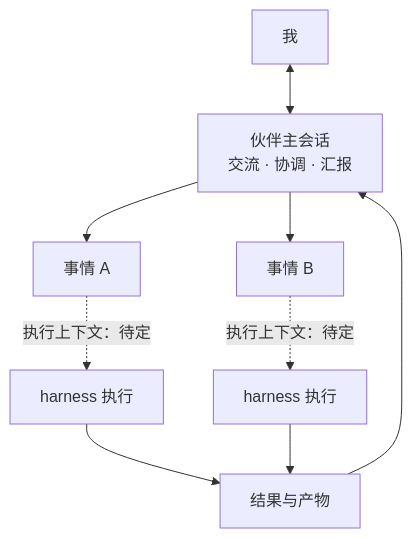
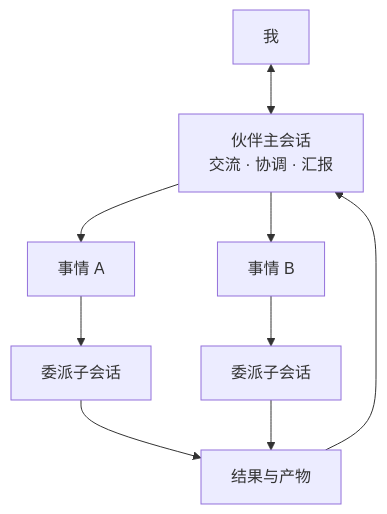
One commit to yangflow/hoplet changed the first of 3 diagrams in docs/design/0010-personal-mode.md. Above: the diagram before and after it, drawn with Mermaid. The commit also changed other lines of this file and 16 other files, not shown here.

````diff
--- a/docs/design/0010-personal-mode.md
+++ b/docs/design/0010-personal-mode.md
@@ -18,11 +18,11 @@
 ```mermaid
 flowchart TB
     Me["我"] <--> Main["伙伴主会话<br/>交流 · 协调 · 汇报"]
     Main --> A["事情 A"]
     Main --> B["事情 B"]
-    A -. "执行上下文：待定" .-> HA["harness 执行"]
-    B -. "执行上下文：待定" .-> HB["harness 执行"]
+    A --> HA["委派子会话"]
+    B --> HB["委派子会话"]
     HA --> Results["结果与产物"]
     HB --> Results
     Results --> Main
 ```
````
